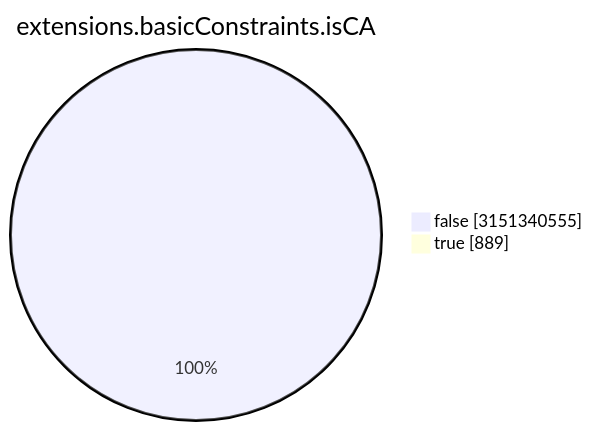
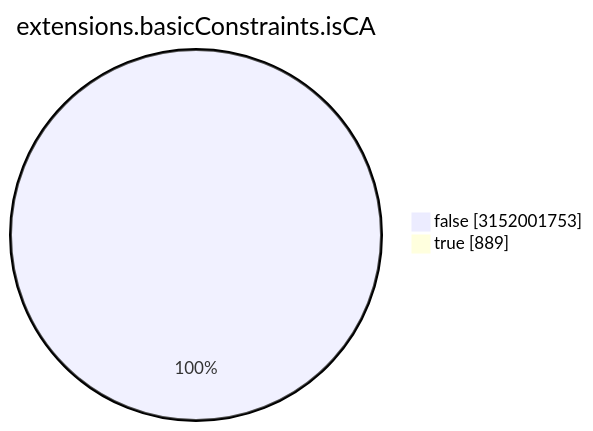
One commit to christiankrug/ctmonitor_visualization changed the seventh of 15 diagrams in TOTAL/README.md. Above: the diagram before and after it, drawn with Mermaid. The commit also changed other lines of this file, not shown here.

````diff
--- a/TOTAL/README.md
+++ b/TOTAL/README.md
@@ -3088,6 +3088,6 @@
 ```mermaid
 pie showData
 title extensions.basicConstraints.isCA
-"false" :3151340555
+"false" :3152001753
 "true" :889
 ```
````
